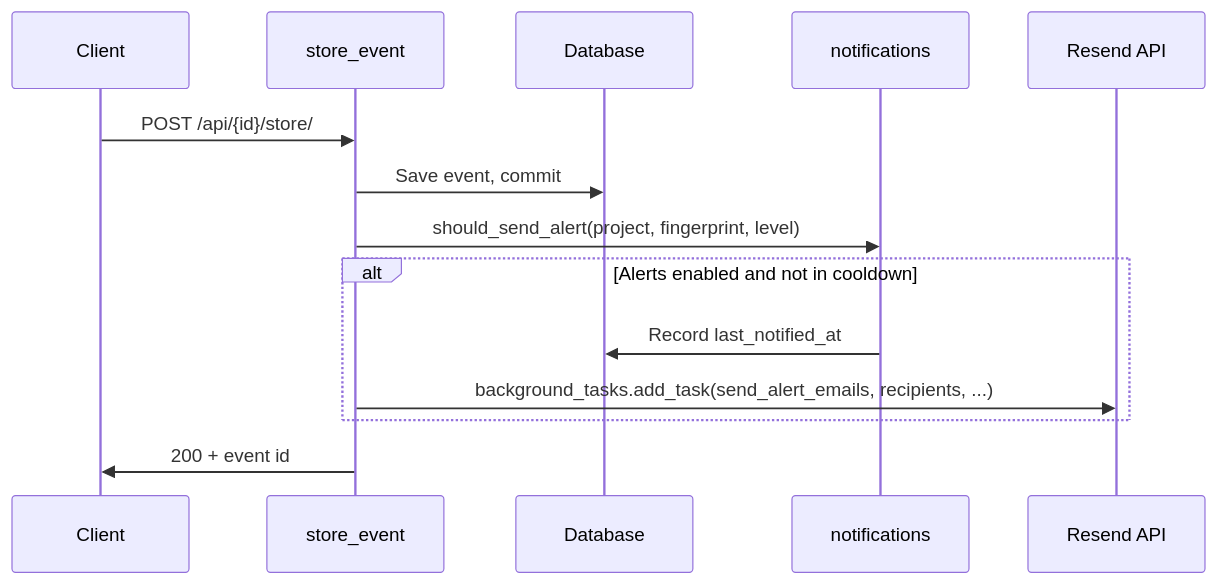
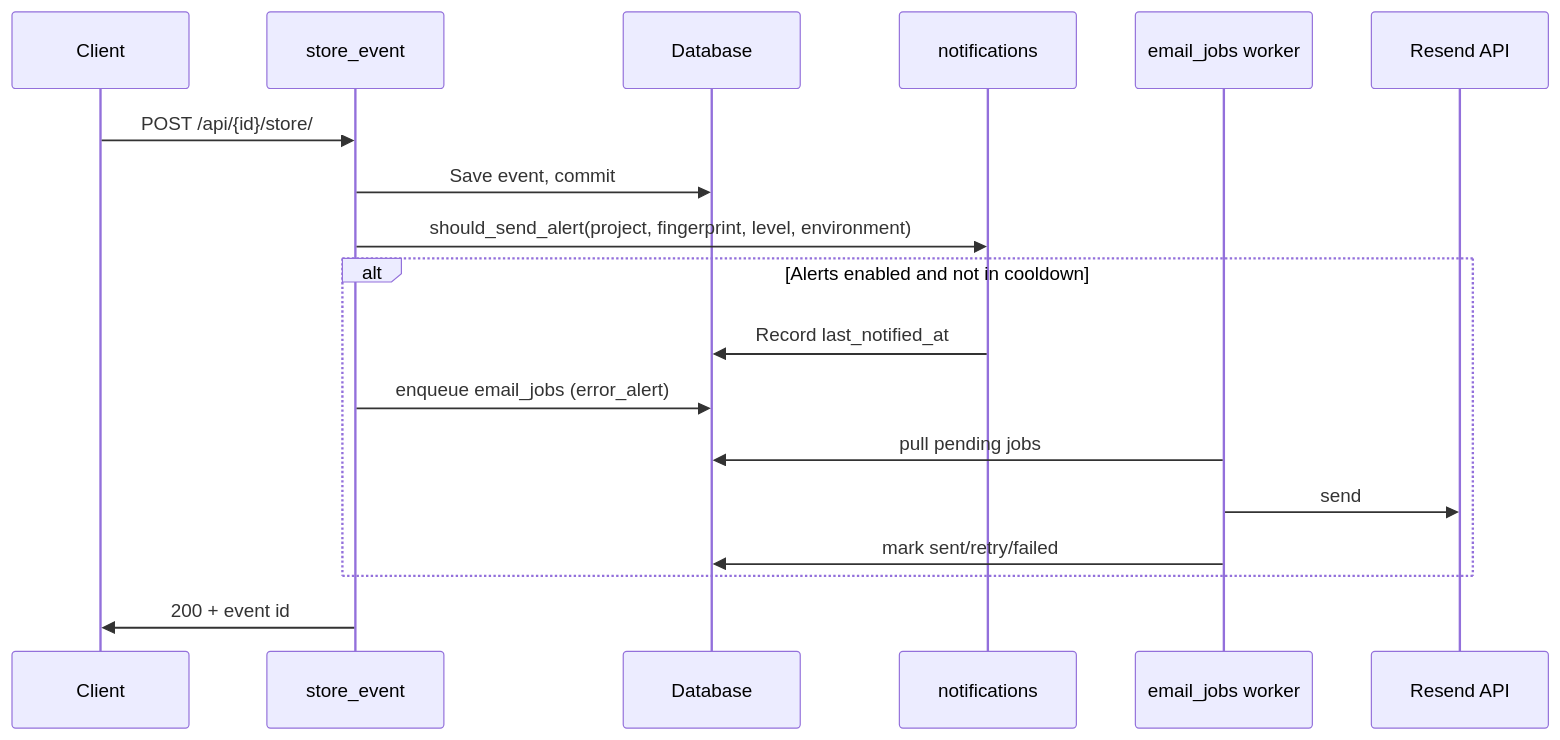
The diagram in docs/architecture/email-alerts.md (KingPegasus/XrayRadar), drawn with Mermaid before and after one commit. The commit also changed other lines of this file and 49 other files, not shown here.

First line of the commit message:
Release v0.12.0 - Introduced environment views, access control, and durable email delivery

````diff
--- a/docs/architecture/email-alerts.md
+++ b/docs/architecture/email-alerts.md
@@ -9,17 +9,21 @@
 ```mermaid
 sequenceDiagram
   participant Client
   participant API as store_event
   participant DB as Database
   participant Alerts as notifications
+  participant Jobs as email_jobs worker
   participant Resend as Resend API
 
   Client->>API: POST /api/{id}/store/
   API->>DB: Save event, commit
-  API->>Alerts: should_send_alert(project, fingerprint, level)
+  API->>Alerts: should_send_alert(project, fingerprint, level, environment)
   alt Alerts enabled and not in cooldown
     Alerts->>DB: Record last_notified_at
-    API->>Resend: background_tasks.add_task(send_alert_emails, recipients, ...)
+    API->>DB: enqueue email_jobs (error_alert)
+    Jobs->>DB: pull pending jobs
+    Jobs->>Resend: send
+    Jobs->>DB: mark sent/retry/failed
   end
   API->>Client: 200 + event id
 ```
````
